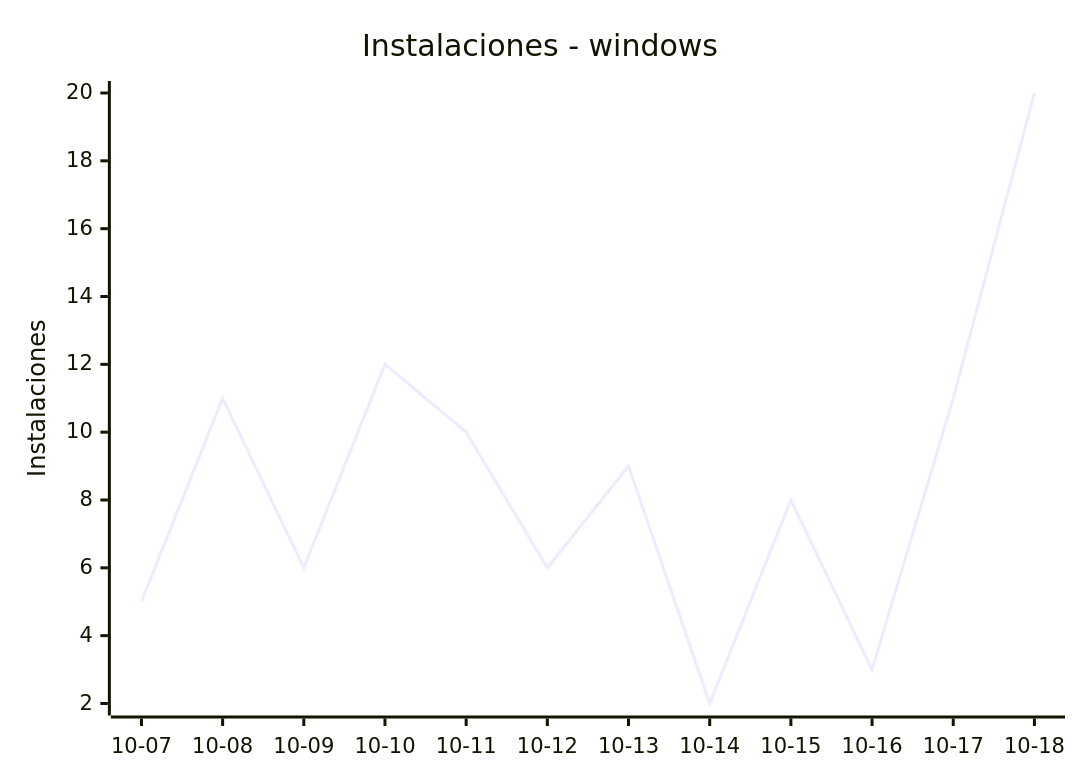
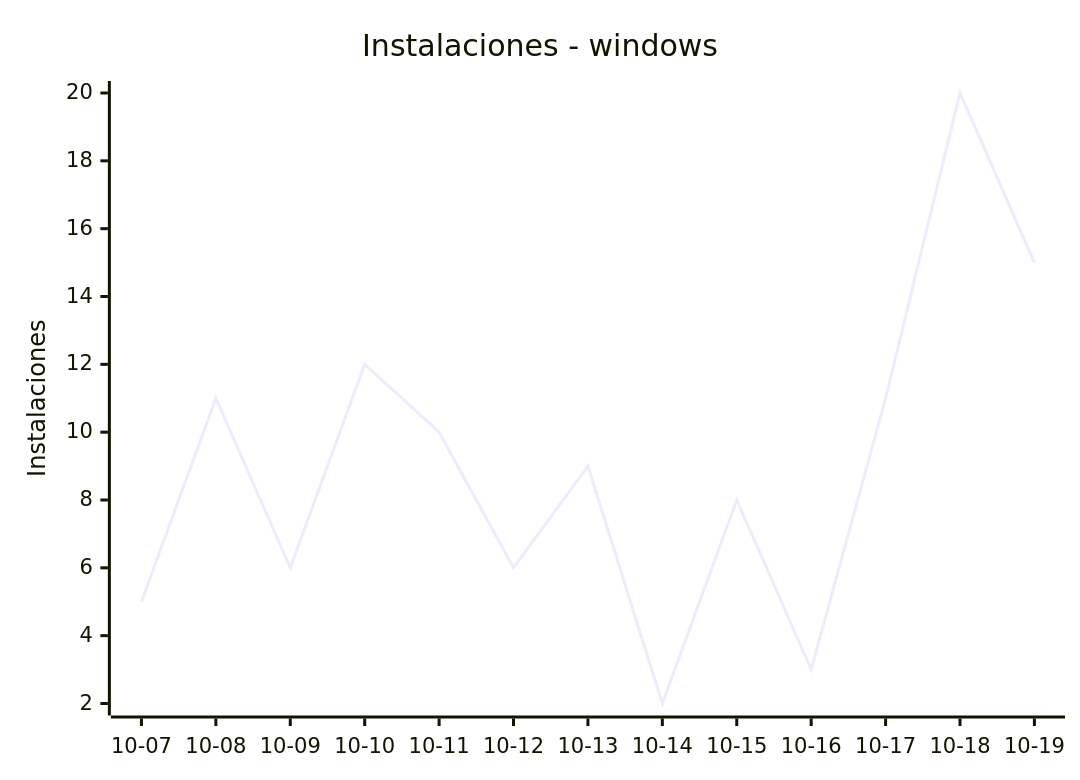
Before and after one commit to EmuDeck/stats: the sixth of 8 diagrams in README.md, drawn with Mermaid. The commit also changed other lines of this file and 2 other files, not shown here.

````diff
--- a/README.md
+++ b/README.md
@@ -68,7 +68,7 @@
 ```mermaid
 xychart-beta
     title "Instalaciones - windows"
-    x-axis ["10-07", "10-08", "10-09", "10-10", "10-11", "10-12", "10-13", "10-14", "10-15", "10-16", "10-17", "10-18"]
+    x-axis ["10-07", "10-08", "10-09", "10-10", "10-11", "10-12", "10-13", "10-14", "10-15", "10-16", "10-17", "10-18", "10-19"]
     y-axis "Instalaciones"
-    line [5, 11, 6, 12, 10, 6, 9, 2, 8, 3, 11, 20]
+    line [5, 11, 6, 12, 10, 6, 9, 2, 8, 3, 11, 20, 15]
 ```
````
